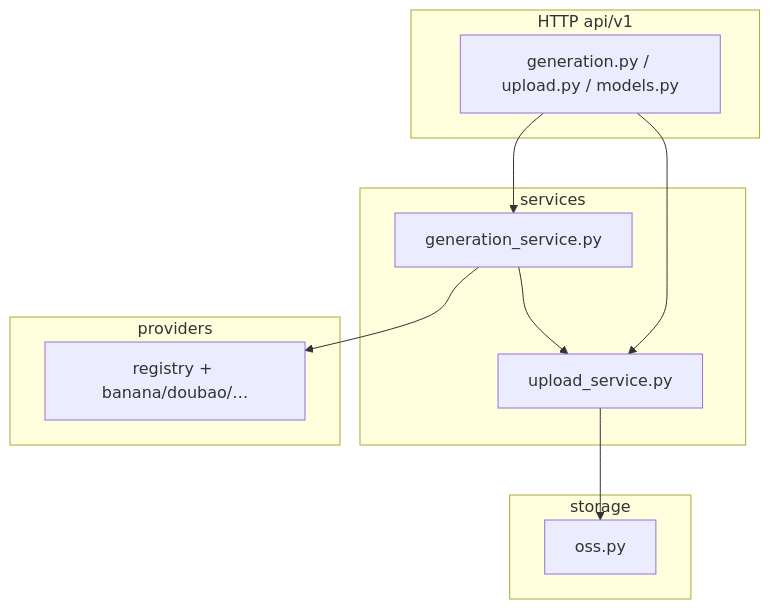
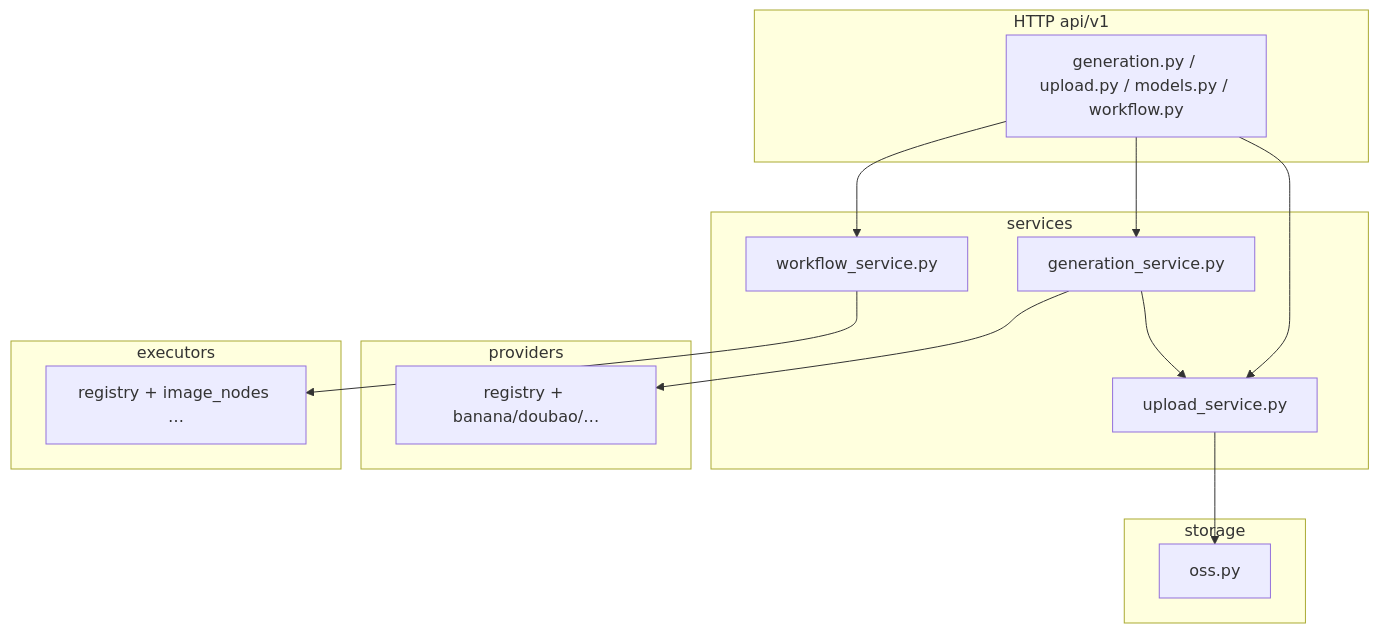
Before and after one commit to chenjialin555/ai-canvas: the seventh of 11 diagrams in doc/PROJECT_ARCHITECTURE.md, drawn with Mermaid. The commit also changed other lines of this file and 29 other files, not shown here.

````diff
--- a/doc/PROJECT_ARCHITECTURE.md
+++ b/doc/PROJECT_ARCHITECTURE.md
@@ -374,21 +419,27 @@
 ```mermaid
 flowchart TB
   subgraph http["HTTP api/v1"]
-    R["generation.py / upload.py / models.py"]
+    R["generation.py / upload.py / models.py / workflow.py"]
   end
   subgraph svc["services"]
     GS["generation_service.py"]
     US["upload_service.py"]
+    WS["workflow_service.py"]
   end
   subgraph prov["providers"]
     PR["registry + banana/doubao/…"]
+  end
+  subgraph ex["executors"]
+    EX["registry + image_nodes …"]
   end
   subgraph stor["storage"]
     O["oss.py"]
   end
   R --> GS
   R --> US
+  R --> WS
   GS --> US
   GS --> PR
+  WS --> EX
   US --> O
 ```
````
